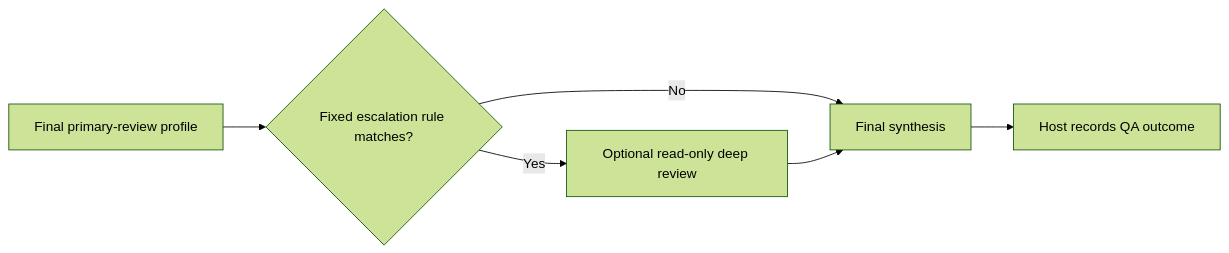
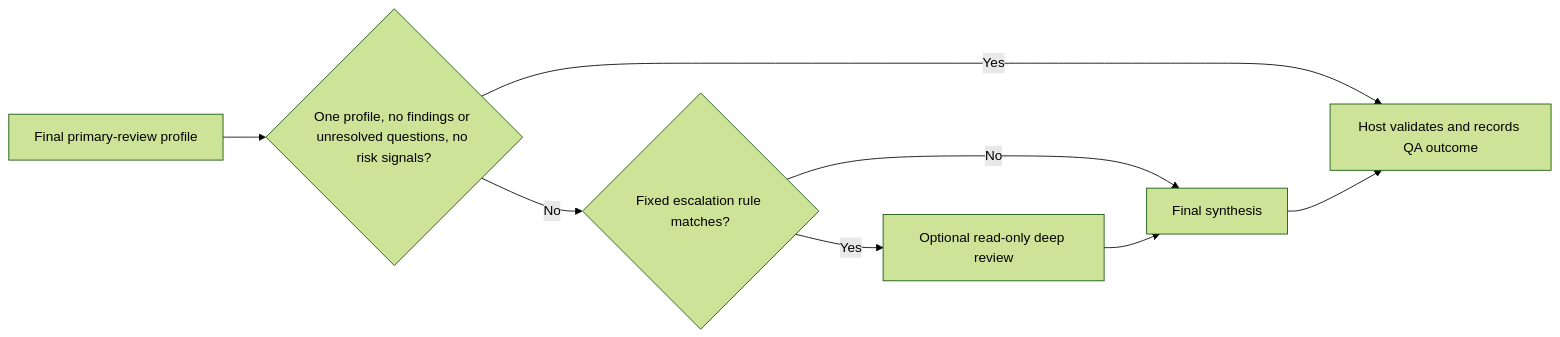
The second of 2 diagrams in docs/ORCHESTRATION_POLICY.md (Rbkmen/qa-orchestrator), drawn with Mermaid (forest theme) before and after one commit. The commit also changed other lines of this file and 18 other files, not shown here.

Commit message:
feat: add grouped review scheduling and clean fast path

````diff
--- a/docs/ORCHESTRATION_POLICY.md
+++ b/docs/ORCHESTRATION_POLICY.md
@@ -156,8 +177,10 @@
 ```mermaid
 flowchart LR
-    Primary["Final primary-review profile"] --> Signals{"Fixed escalation rule matches?"}
+    Primary["Final primary-review profile"] --> Fast{"One profile, no findings or unresolved questions, no risk signals?"}
+    Fast -- Yes --> Outcome["Host validates and records QA outcome"]
+    Fast -- No --> Signals{"Fixed escalation rule matches?"}
     Signals -- No --> Synthesis["Final synthesis"]
     Signals -- Yes --> Deep["Optional read-only deep review"]
     Deep --> Synthesis
-    Synthesis --> Outcome["Host records QA outcome"]
+    Synthesis --> Outcome
 ```
````
